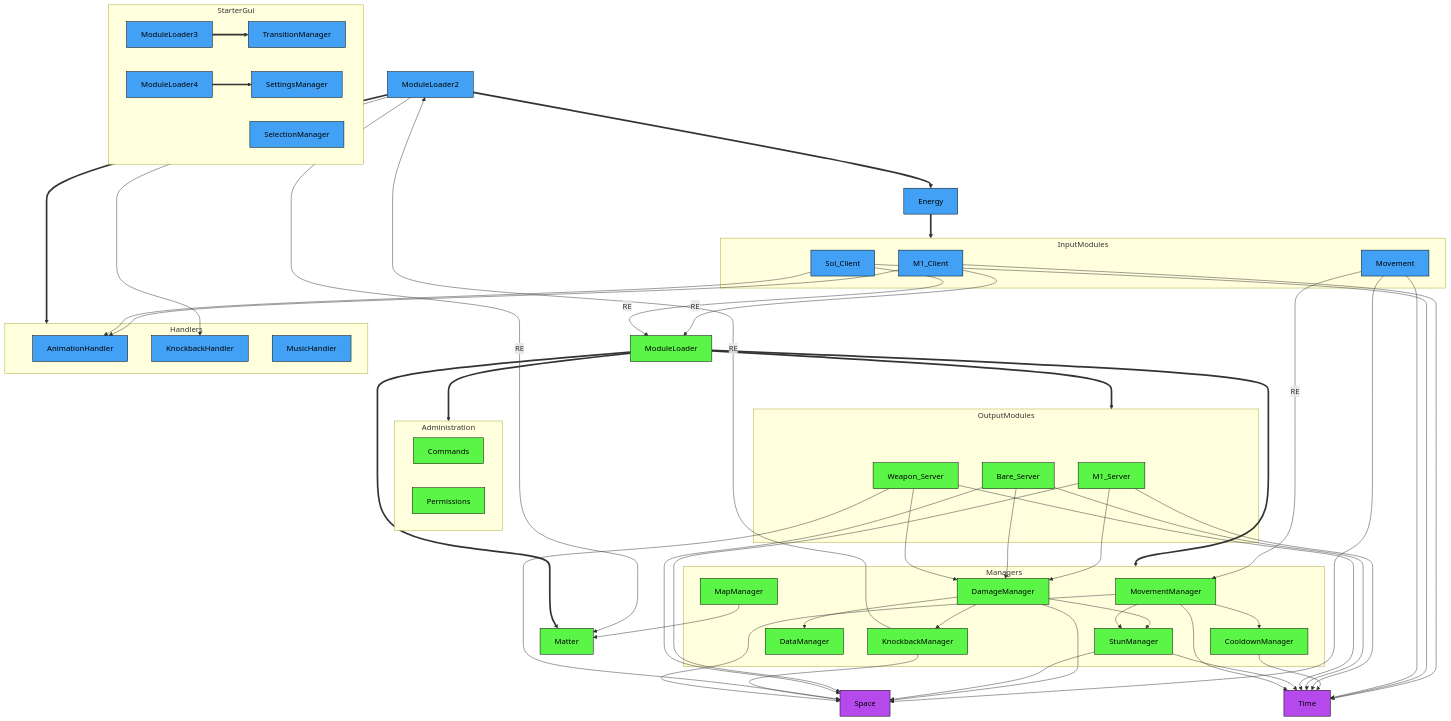
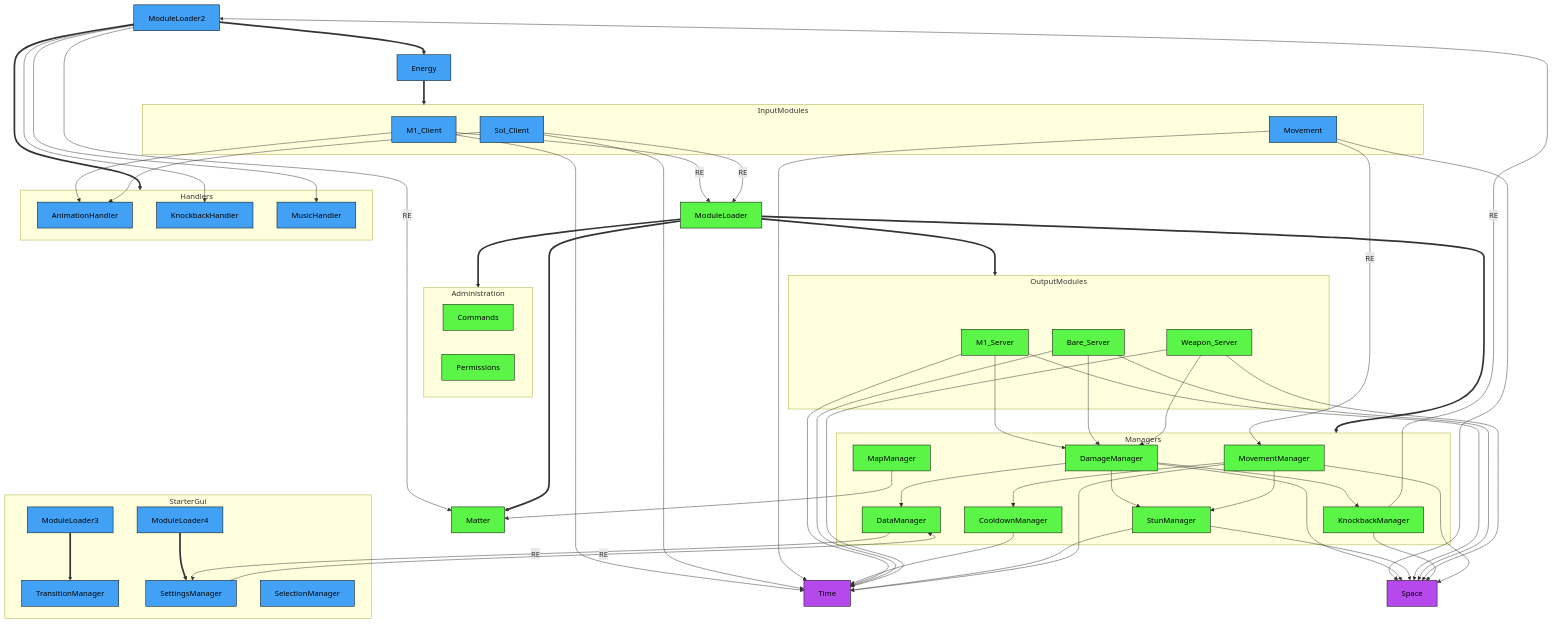
One commit to altair5607249/Crusaders-Game changed the diagram in README.md. Above: the diagram before and after it, drawn with Mermaid. The commit also changed other lines of this file, not shown here.

```diff
--- a/README.md
+++ b/README.md
@@ -127,6 +126,7 @@
   KnockbackManager-->Space;
   KnockbackManager-->|RE| ModuleLoader2;
   ModuleLoader2-->KnockbackHandler;
+  ModuleLoader2-->MusicHandler;
   MovementManager-->Space;
   MovementManager-->Time;
   MovementManager-->CooldownManager;
@@ -138,6 +138,9 @@
     SelectionManager;
   end
 
+  DataManager-->|RE| SettingsManager;
+  SettingsManager-->|RE| DataManager;
+
   class ModuleLoader,M1_Server,Bare_Server,Weapon_Server,MovementManager,Commands,Permissions,CooldownManager,DamageManager,DataManager,KnockbackManager,MapManager,MovementManager,StunManager,Matter serverNode;
   class ModuleLoader2,Energy,M1_Client,Sol_Client,Movement,AnimationHandler,KnockbackHandler,MusicHandler,ModuleLoader3,ModuleLoader4,TransitionManager,SettingsManager,SelectionManager clientNode;
   class Space,Time universalNode;
```
